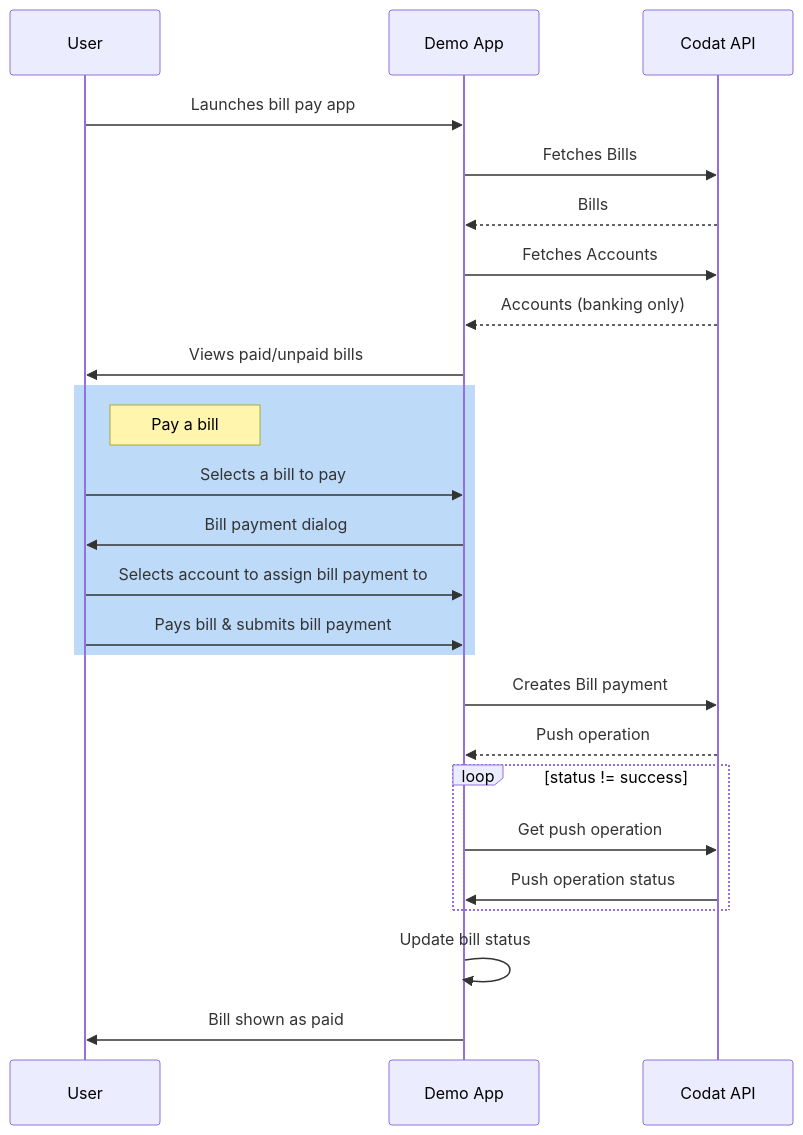
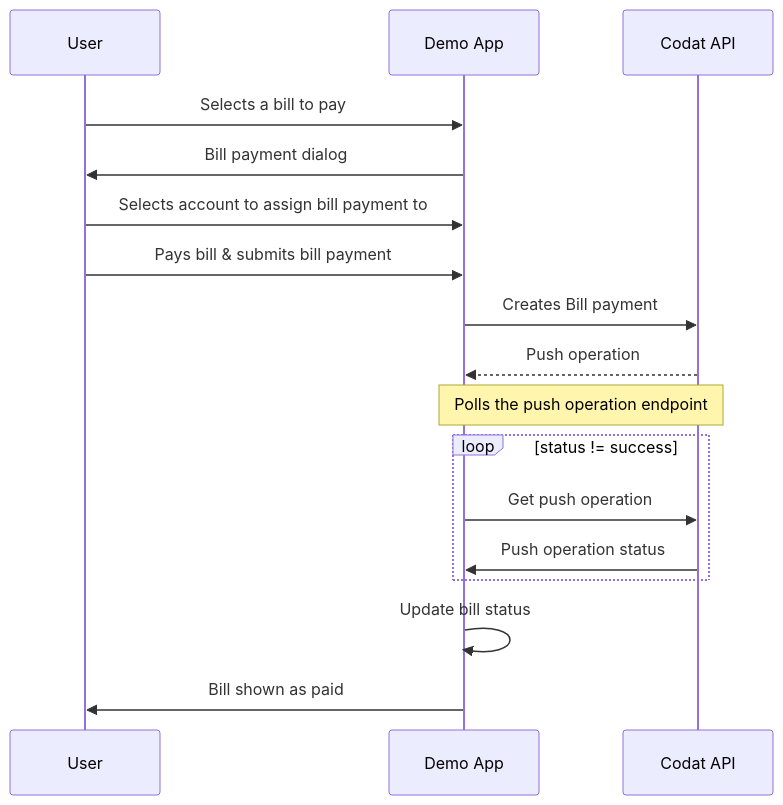
The second of 2 diagrams in docs/accounting-api/guides/bill-pay/how-the-demo-app-works.md (codatio/codat-docs), drawn with Mermaid before and after one commit. The commit also changed other lines of this file and 2 other files, not shown here.

````diff
--- a/docs/accounting-api/guides/bill-pay/how-the-demo-app-works.md
+++ b/docs/accounting-api/guides/bill-pay/how-the-demo-app-works.md
@@ -32,30 +184,22 @@
 ```mermaid
 sequenceDiagram
     participant user as User
     participant backend as Demo App 
-    participant codat as Codat API
-    
-    user ->> backend: Launches bill pay app
-    backend ->> codat: Fetches Bills
-    codat -->> backend: Bills
-    backend ->> codat: Fetches Accounts
-    codat -->> backend: Accounts (banking only)
-    backend ->> user: Views paid/unpaid bills
-
-    rect rgb(189, 219, 249)
-    note right of user: Pay a bill          
+    participant codat as Codat API    
+              
     user ->> backend: Selects a bill to pay
     backend ->> user: Bill payment dialog
     user ->> backend: Selects account to assign bill payment to
     user ->> backend: Pays bill & submits bill payment
-    end
 
     backend ->> codat: Creates Bill payment
     codat -->> backend: Push operation
+    Note over codat,backend: Polls the push operation endpoint
     loop status != success
         backend ->> codat: Get push operation
         codat ->> backend: Push operation status
     end
     backend ->> backend: Update bill status
     backend ->> user: Bill shown as paid
+    
 ```
````
